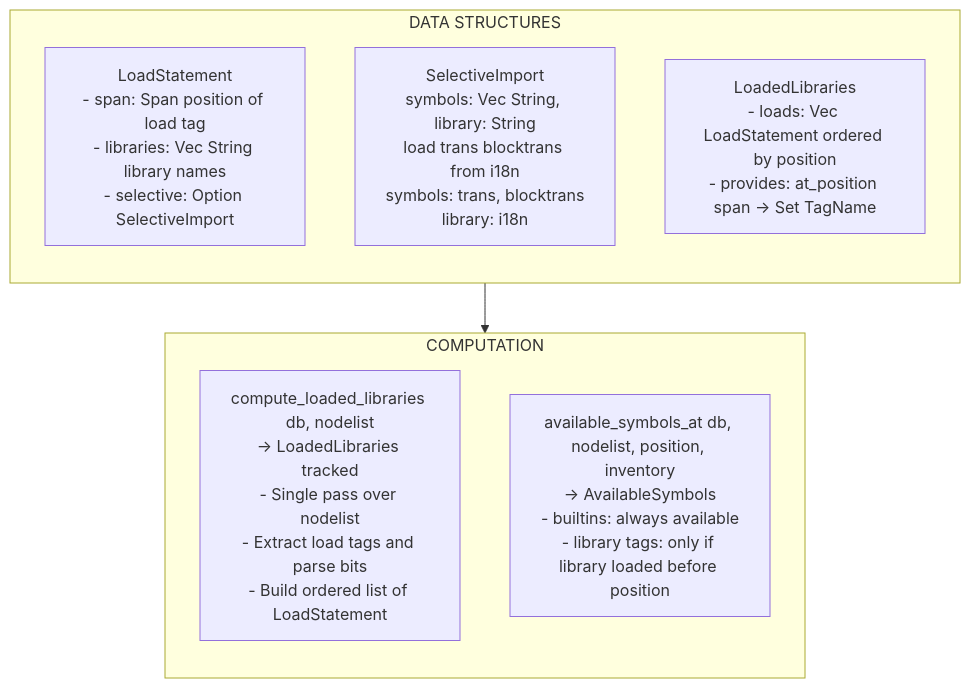
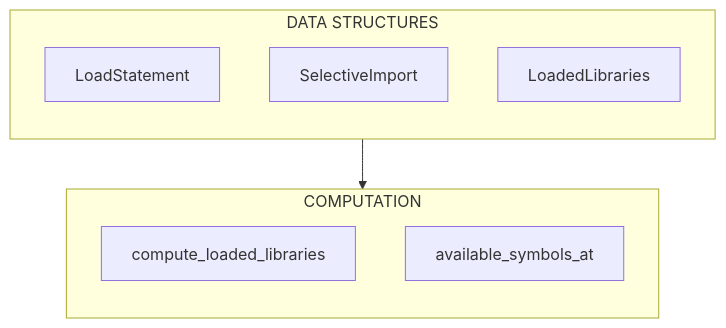
Before and after one commit to joshuadavidthomas/django-language-server: the diagram in .agents/plans/2026-02-05-m3-load-scoping.md, drawn with Mermaid. The commit also changed other lines of this file and 12 other files, not shown here.

Commit message:
change ASCII diagrams to Mermaid

````diff
--- a/.agents/plans/2026-02-05-m3-load-scoping.md
+++ b/.agents/plans/2026-02-05-m3-load-scoping.md
@@ -150,20 +150,17 @@
 ```mermaid
 flowchart TB
     subgraph DataStructures["DATA STRUCTURES"]
         direction TB
-        LS["LoadStatement<br/>- span: Span position of load tag<br/>- libraries: Vec String library names<br/>- selective: Option SelectiveImport"]
-
-        SI["SelectiveImport<br/>symbols: Vec String, library: String<br/>load trans blocktrans from i18n<br/>symbols: trans, blocktrans<br/>library: i18n"]
-
-        LL["LoadedLibraries<br/>- loads: Vec LoadStatement ordered by position<br/>- provides: at_position span → Set TagName"]
+        LS["LoadStatement"]
+        SI["SelectiveImport"]
+        LL["LoadedLibraries"]
     end
-
+    
     DataStructures --> Computation
-
+    
     subgraph Computation["COMPUTATION"]
         direction TB
-        CLL["compute_loaded_libraries db, nodelist<br/>→ LoadedLibraries tracked<br/>- Single pass over nodelist<br/>- Extract load tags and parse bits<br/>- Build ordered list of LoadStatement"]
-
-        ASA["available_symbols_at db, nodelist, position, inventory<br/>→ AvailableSymbols<br/>- builtins: always available<br/>- library tags: only if library loaded before position"]
+        CLL["compute_loaded_libraries"]
+        ASA["available_symbols_at"]
     end
 ```
````
